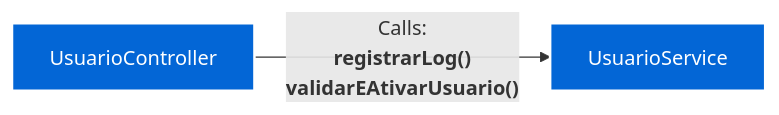
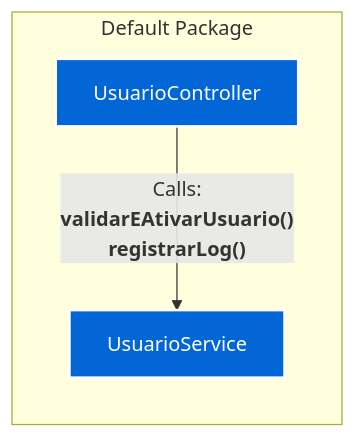
The diagram in docs/00_Architecture_Overview.md (FelipeMCassiano/geanky), drawn with Mermaid before and after one commit. The commit also changed other lines of this file and 9 other files, not shown here.

````diff
--- a/docs/00_Architecture_Overview.md
+++ b/docs/00_Architecture_Overview.md
@@ -6,43 +6,45 @@
 ```mermaid
 flowchart LR
     %% Styling
-    classDef classNode fill:#0366d6,stroke:#fff,stroke-width:2px,color:#fff,cursor:pointer;
-
-    %% Nodes Creation
+    classDef classNode fill:#0366d6,stroke:#fff,stroke-width:2px,color:#fff;
     
-    UsuarioController["UsuarioController"]:::classNode
-    click UsuarioController "UsuarioController.md" "Acessar UsuarioController"
+    %% Nodes Creation Grouped by Package
     
-    UsuarioService["UsuarioService"]:::classNode
-    click UsuarioService "UsuarioService.md" "Acessar UsuarioService"
+    subgraph Default Package
+        
+        UsuarioController["UsuarioController"]:::classNode
+        
+        UsuarioService["UsuarioService"]:::classNode
+        
+    end
     
 
     %% Relationships / Dependencies
     
     
-     
+    
     
     
     
     
     
         
         
         
         
-            UsuarioController -->|"Calls:<br><b>registrarLog()<br>validarEAtivarUsuario()</b>"| UsuarioService
+            UsuarioController -->|"Calls:<br><b>validarEAtivarUsuario()<br>registrarLog()</b>"| UsuarioService
         
 
     
     
     
     
-     
+    
     
     
     
     
     
     
     
 ```
````
